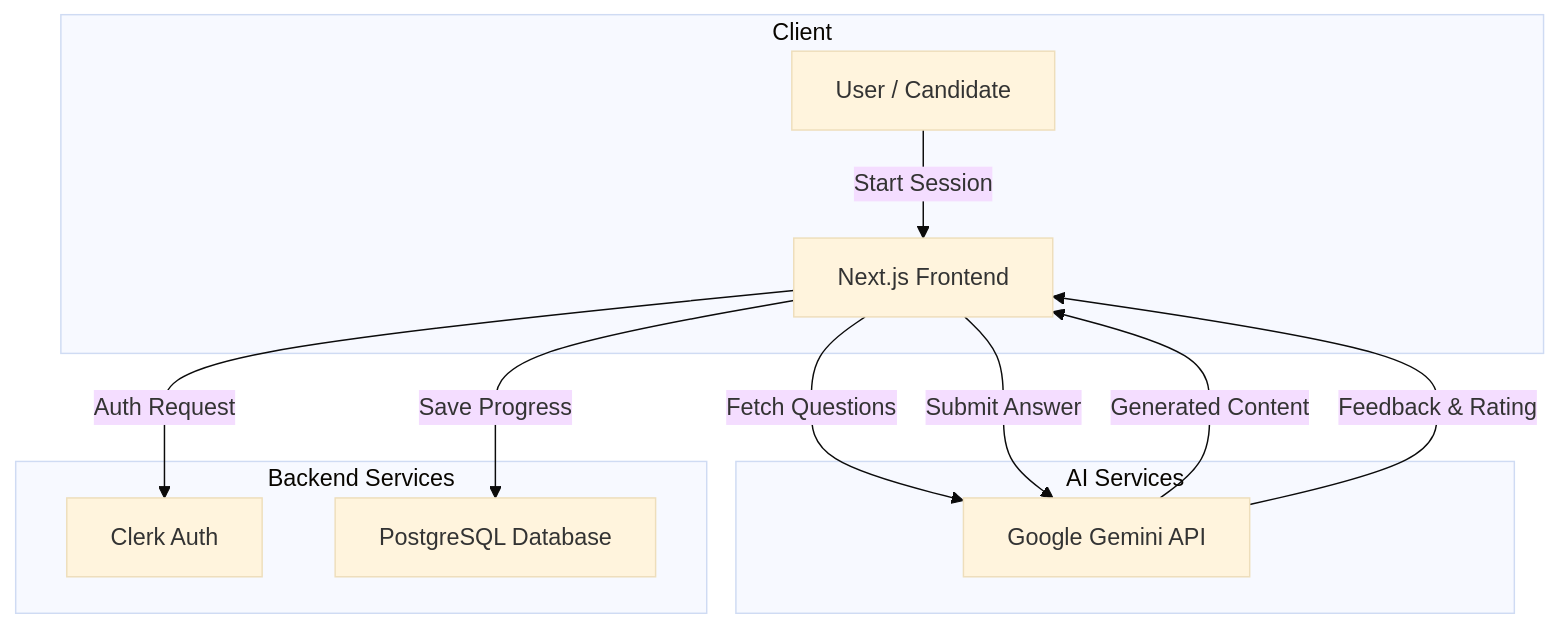
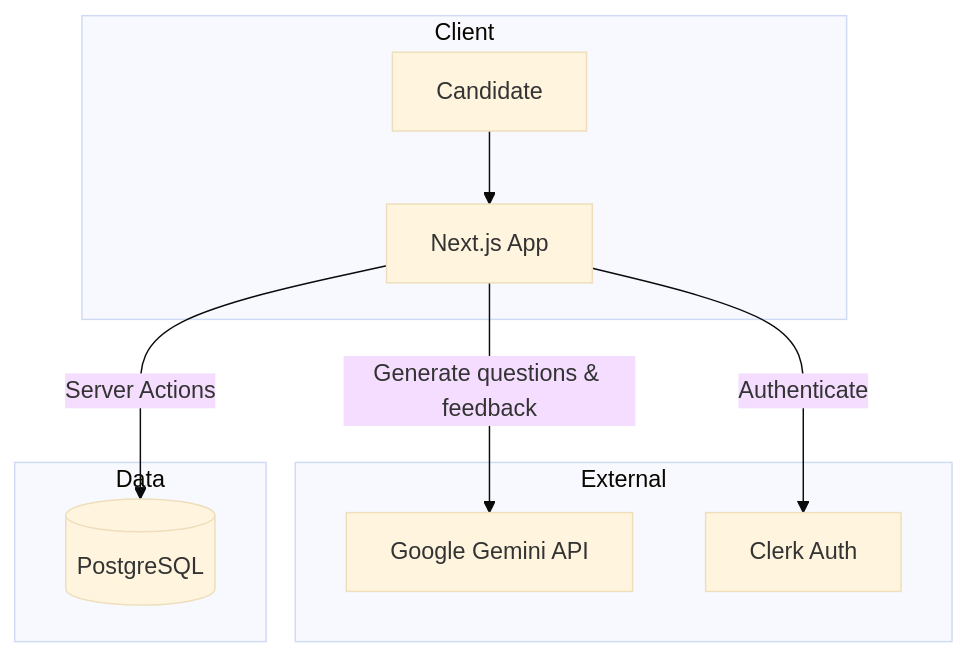
One commit to duxstein/InteliHire changed the diagram in README.md. Above: the diagram before and after it, drawn with Mermaid (base theme). The commit also changed other lines of this file, not shown here.

````diff
--- a/README.md
+++ b/README.md
@@ -98,25 +26,21 @@
 ```mermaid
 graph TD
     subgraph Client
-        User[User / Candidate]
-        Browser[Next.js Frontend]
+        User[Candidate]
+        Browser[Next.js App]
     end
 
-    subgraph AI Services
+    subgraph External
         Gemini[Google Gemini API]
+        Clerk[Clerk Auth]
     end
 
-    subgraph Backend Services
-        Clerk[Clerk Auth]
-        DB[PostgreSQL Database]
+    subgraph Data
+        DB[(PostgreSQL)]
     end
 
-    User -->|Start Session| Browser
-    Browser -->|Auth Request| Clerk
-    Browser -->|Fetch Questions| Gemini
-    Gemini -->|Generated Content| Browser
-    Browser -->|Save Progress| DB
-    Browser -->|Submit Answer| Gemini
-    Gemini -->|Feedback & Rating| Browser
-
+    User --> Browser
+    Browser -->|Authenticate| Clerk
+    Browser -->|Generate questions & feedback| Gemini
+    Browser -->|Server Actions| DB
 ```
````
